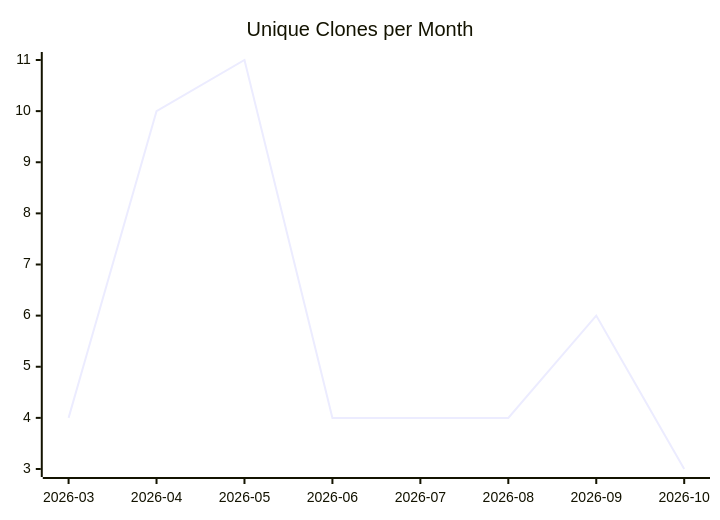
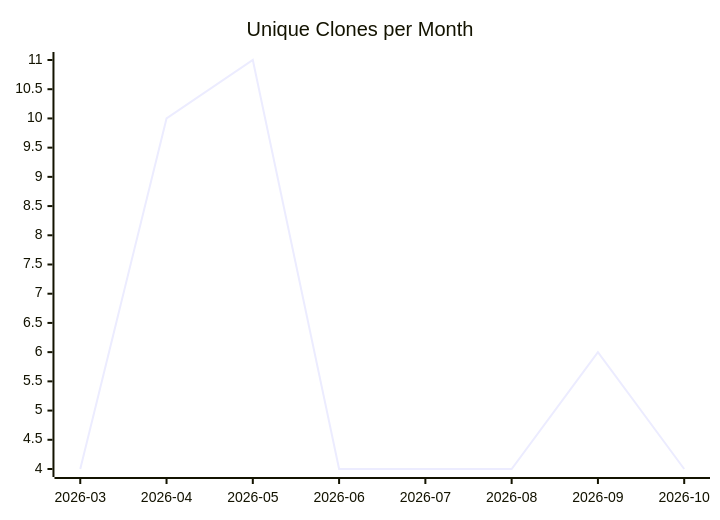
The third of 3 diagrams in karlmdavis/workstation-base-ansible-role/README.md (justdavis-family/github-analytics-data), drawn with Mermaid before and after one commit. The commit also changed other lines of this file and 198 other files, not shown here.

````diff
--- a/karlmdavis/workstation-base-ansible-role/README.md
+++ b/karlmdavis/workstation-base-ansible-role/README.md
@@ -19,6 +19,6 @@
 ```mermaid
 xychart-beta
   title "Unique Clones per Month"
   x-axis ["2026-03", "2026-04", "2026-05", "2026-06", "2026-07", "2026-08", "2026-09", "2026-10"]
-  line [4, 10, 11, 4, 4, 4, 6, 3]
+  line [4, 10, 11, 4, 4, 4, 6, 4]
 ```
````
